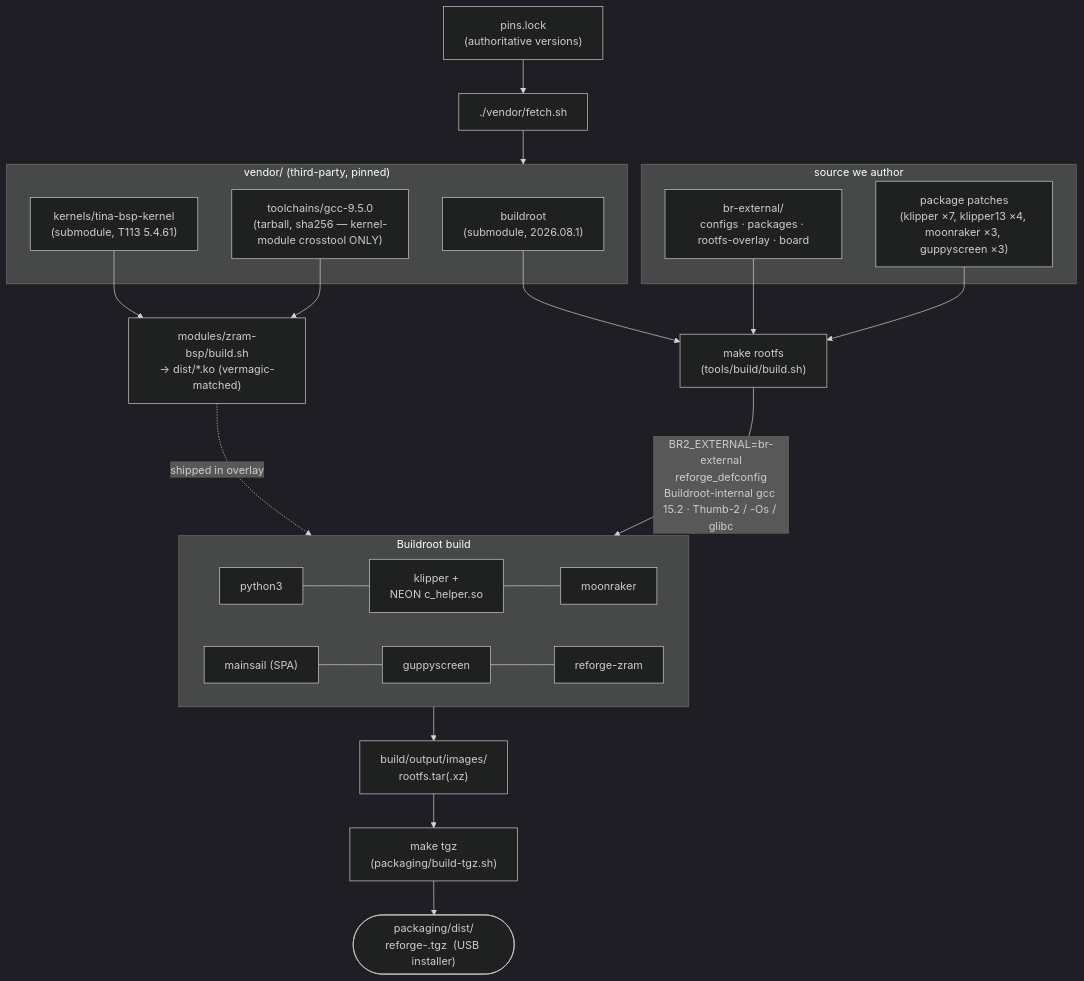
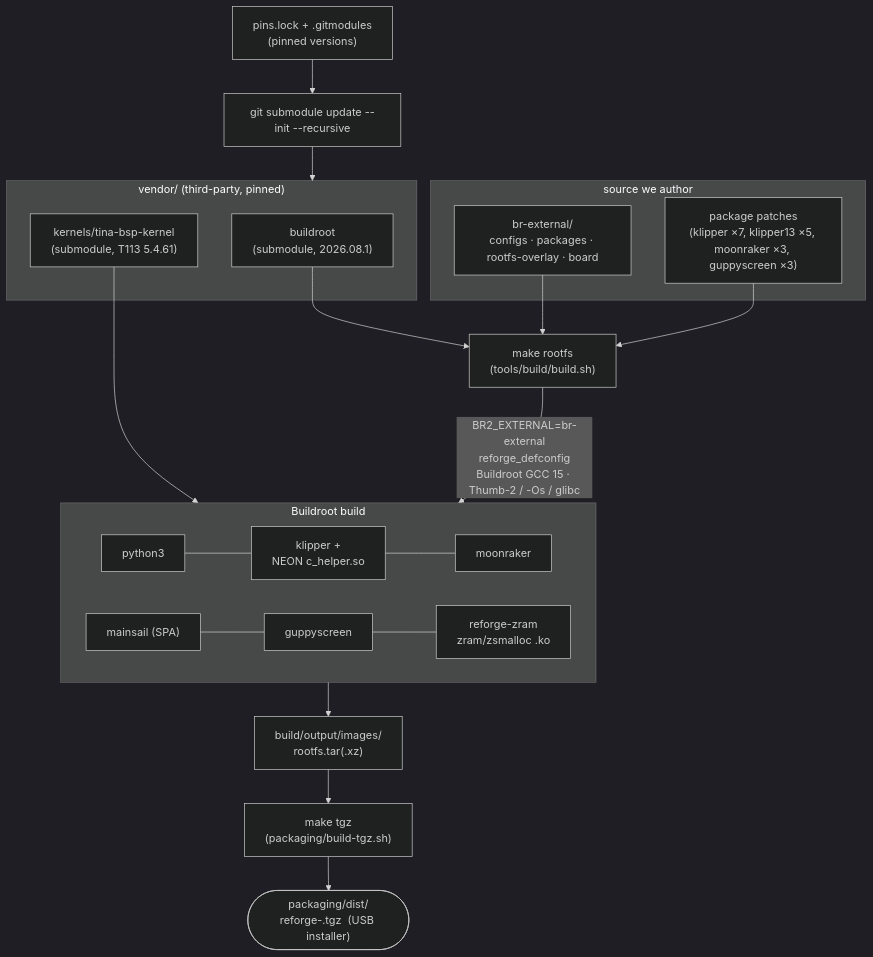
The first of 2 diagrams in docs/build-process.md (maci0/reforge), drawn with Mermaid (dark theme) before and after one commit. The commit also changed other lines of this file and 105 other files, not shown here.

````diff
--- a/docs/build-process.md
+++ b/docs/build-process.md
@@ -9,35 +25,31 @@
 ```mermaid
 flowchart TB
-    PINS["pins.lock<br/>(authoritative versions)"] --> FETCH
+    PINS["pins.lock + .gitmodules<br/>(pinned versions)"] --> SUB
 
     subgraph vendor["vendor/ (third-party, pinned)"]
         BR["buildroot<br/>(submodule, 2026.08.1)"]
         BSP["kernels/tina-bsp-kernel<br/>(submodule, T113 5.4.61)"]
-        TC["toolchains/gcc-9.5.0<br/>(tarball, sha256 — kernel-module crosstool ONLY)"]
     end
-    FETCH["./vendor/fetch.sh"] --> vendor
+    SUB["git submodule update --init --recursive"] --> vendor
 
     subgraph src["source we author"]
         EXT["br-external/<br/>configs · packages · rootfs-overlay · board"]
-        PATCH["package patches<br/>(klipper ×7, klipper13 ×4, moonraker ×3, guppyscreen ×3)"]
+        PATCH["package patches<br/>(klipper ×7, klipper13 ×5, moonraker ×3, guppyscreen ×3)"]
     end
 
     BR --> MK["make rootfs<br/>(tools/build/build.sh)"]
     EXT --> MK
     PATCH --> MK
-    MK -->|"BR2_EXTERNAL=br-external<br/>reforge_defconfig<br/>Buildroot-internal gcc 15.2 · Thumb-2 / -Os / glibc"| BUILD
+    MK -->|"BR2_EXTERNAL=br-external<br/>reforge_defconfig<br/>Buildroot GCC 15 · Thumb-2 / -Os / glibc"| BUILD
 
     subgraph BUILD["Buildroot build"]
         direction LR
         PY["python3"] --- KLP["klipper +<br/>NEON c_helper.so"] --- MOO["moonraker"]
-        MAIN["mainsail (SPA)"] --- GUP["guppyscreen"] --- ZR["reforge-zram"]
+        MAIN["mainsail (SPA)"] --- GUP["guppyscreen"] --- ZR["reforge-zram<br/>zram/zsmalloc .ko"]
     end
+    BSP --> ZR
 
     BUILD --> OUT["build/output/images/<br/>rootfs.tar(.xz)"]
     OUT --> TGZ["make tgz<br/>(packaging/build-tgz.sh)"]
     TGZ --> DIST(["packaging/dist/<br/>reforge-<ver>.tgz  (USB installer)"])
-
-    BSP --> ZMOD["modules/zram-bsp/build.sh<br/>→ dist/*.ko (vermagic-matched)"]
-    TC --> ZMOD
-    ZMOD -. shipped in overlay .-> ZR
 ```
````
